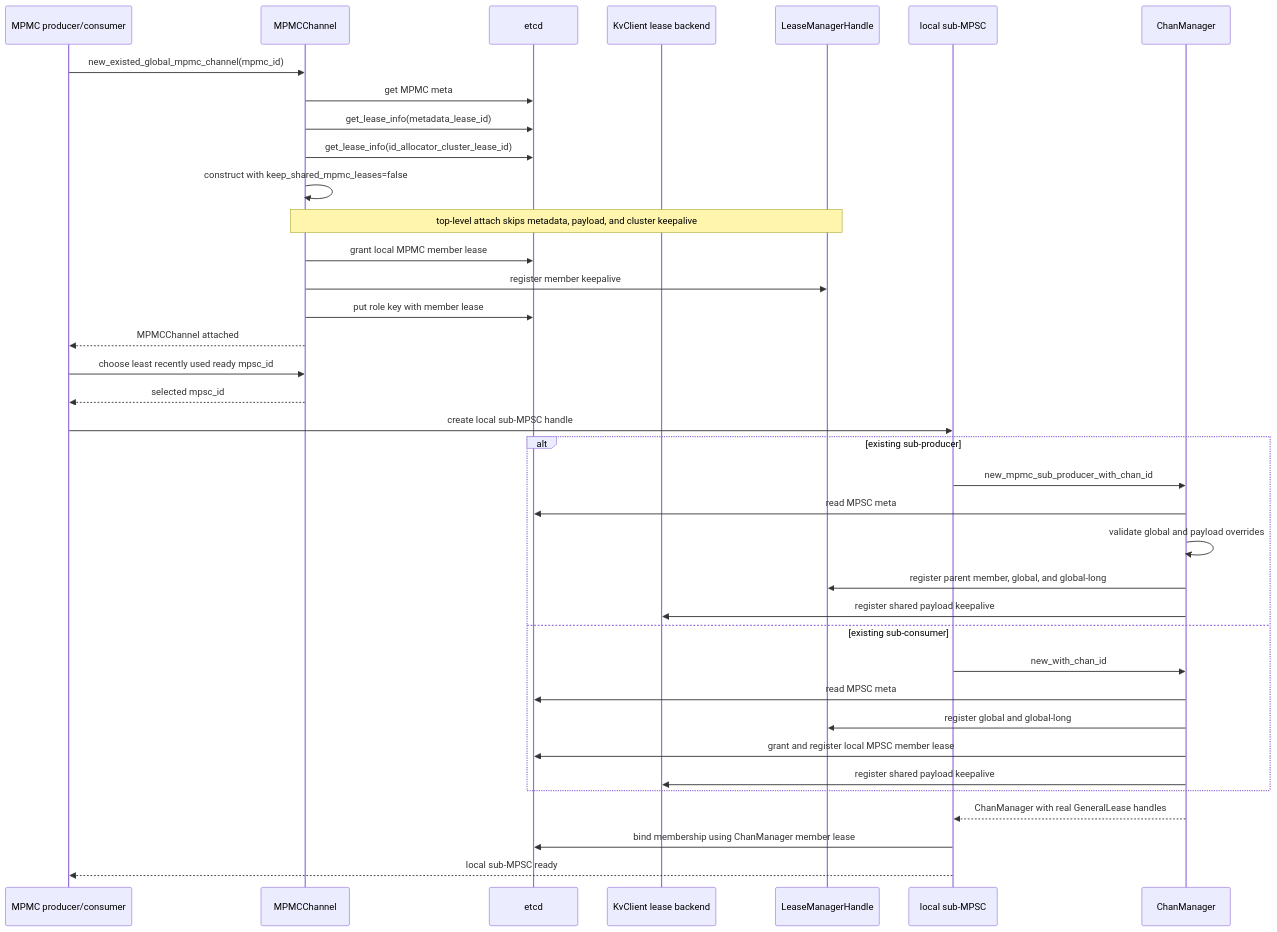
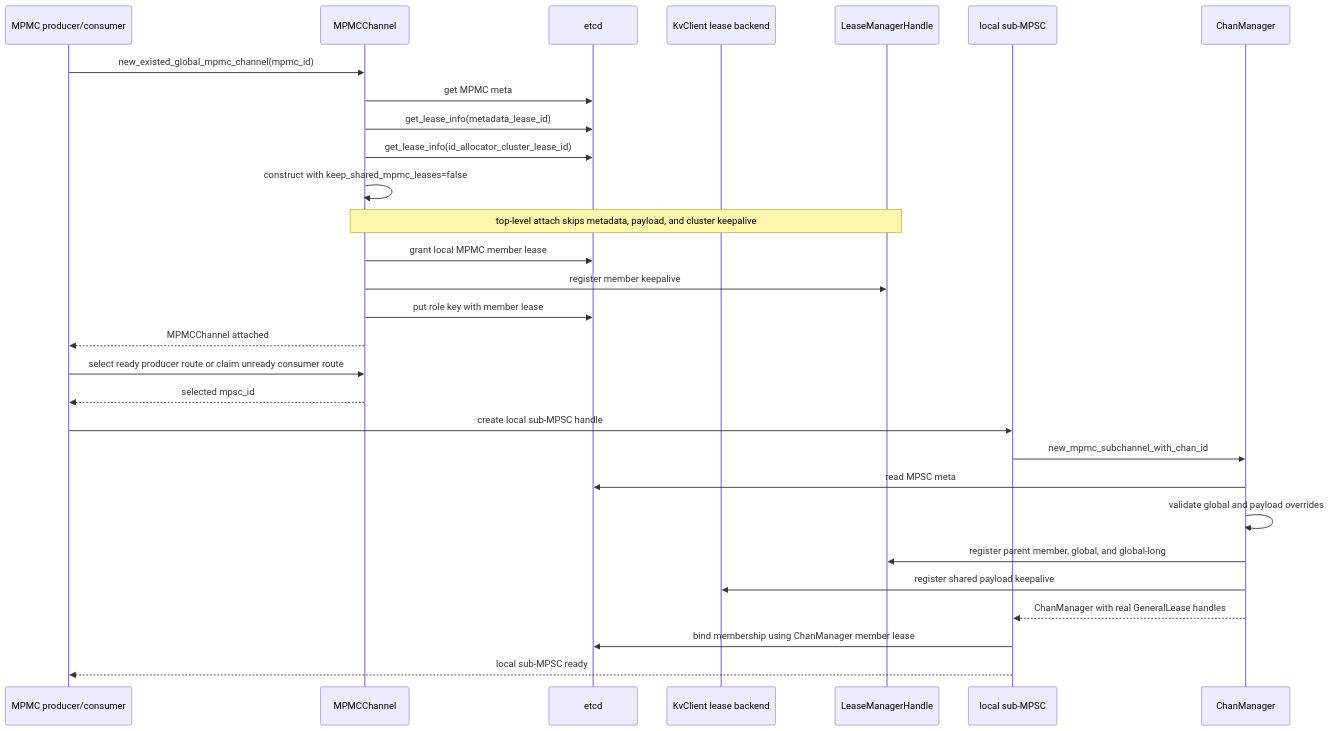
One commit to Tele-AI/Fluxon changed the eighth of 11 diagrams in fluxon_doc_cn/design/mq_1_生命周期与租约设计.md. Above: the diagram before and after it, drawn with Mermaid. The commit also changed other lines of this file and 17 other files, not shown here.

````diff
--- a/fluxon_doc_cn/design/mq_1_生命周期与租约设计.md
+++ b/fluxon_doc_cn/design/mq_1_生命周期与租约设计.md
@@ -424,41 +417,33 @@
 ```mermaid
 sequenceDiagram
     participant Outer as MPMC producer/consumer
     participant Ch as MPMCChannel
     participant E as etcd
     participant KV as KvClient lease backend
     participant LM as LeaseManagerHandle
     participant Sub as local sub-MPSC
     participant CM as ChanManager
 
     Outer->>Ch: new_existed_global_mpmc_channel(mpmc_id)
     Ch->>E: get MPMC meta
     Ch->>E: get_lease_info(metadata_lease_id)
     Ch->>E: get_lease_info(id_allocator_cluster_lease_id)
     Ch->>Ch: construct with keep_shared_mpmc_leases=false
     Note over Ch,LM: top-level attach skips metadata, payload, and cluster keepalive
     Ch->>E: grant local MPMC member lease
     Ch->>LM: register member keepalive
     Ch->>E: put role key with member lease
     Ch-->>Outer: MPMCChannel attached
 
-    Outer->>Ch: choose least recently used ready mpsc_id
+    Outer->>Ch: select ready producer route or claim unready consumer route
     Ch-->>Outer: selected mpsc_id
     Outer->>Sub: create local sub-MPSC handle
-    alt existing sub-producer
-        Sub->>CM: new_mpmc_sub_producer_with_chan_id
-        CM->>E: read MPSC meta
-        CM->>CM: validate global and payload overrides
-        CM->>LM: register parent member, global, and global-long
-        CM->>KV: register shared payload keepalive
-    else existing sub-consumer
-        Sub->>CM: new_with_chan_id
-        CM->>E: read MPSC meta
-        CM->>LM: register global and global-long
-        CM->>E: grant and register local MPSC member lease
-        CM->>KV: register shared payload keepalive
-    end
+    Sub->>CM: new_mpmc_subchannel_with_chan_id
+    CM->>E: read MPSC meta
+    CM->>CM: validate global and payload overrides
+    CM->>LM: register parent member, global, and global-long
+    CM->>KV: register shared payload keepalive
     CM-->>Sub: ChanManager with real GeneralLease handles
     Sub->>E: bind membership using ChanManager member lease
     Sub-->>Outer: local sub-MPSC ready
 ```
````
